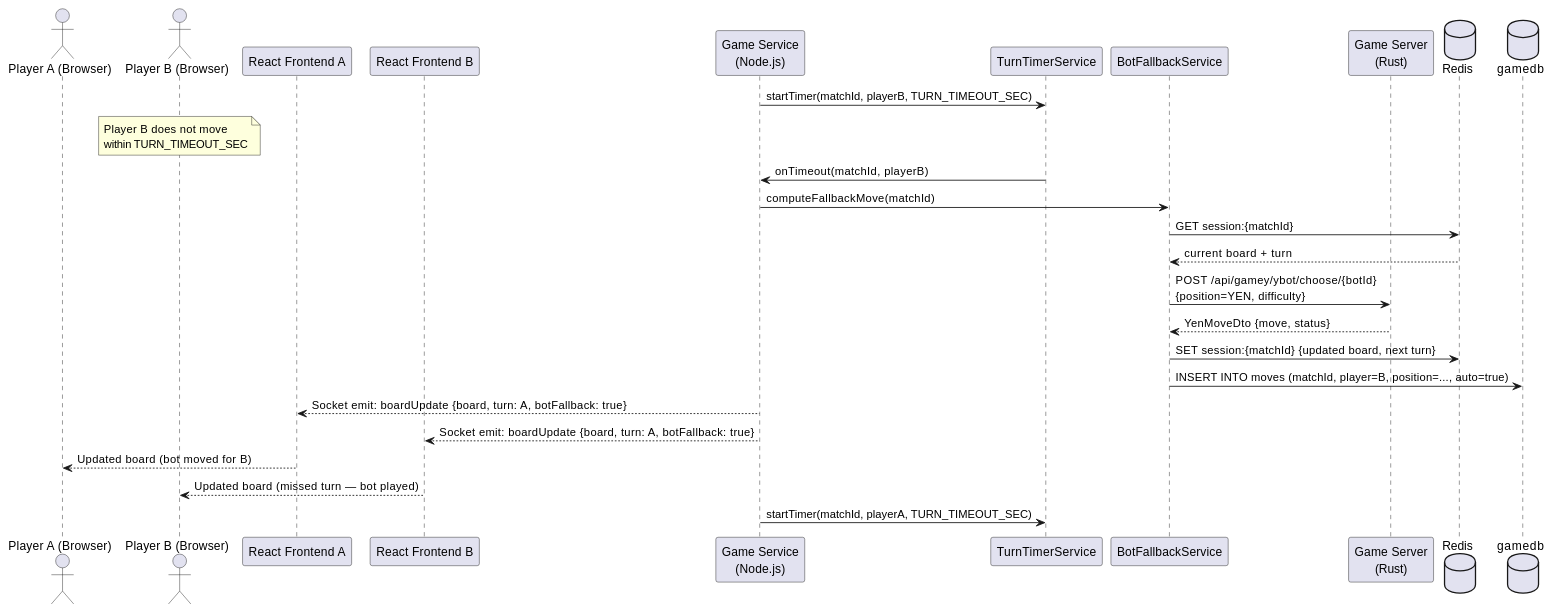
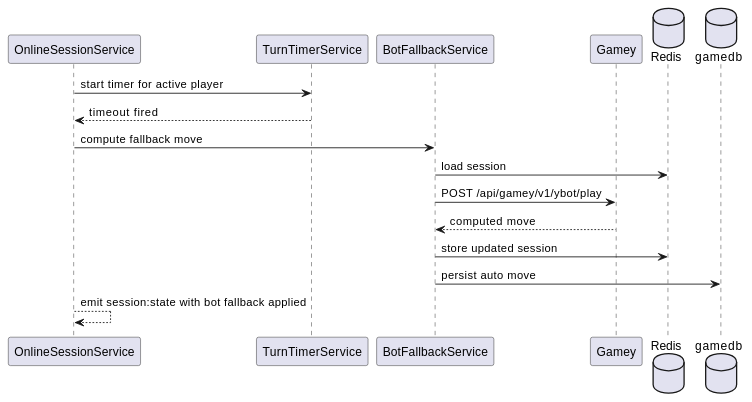
The eighth of 8 diagrams in docs/src/06_runtime_view.adoc (Arquisoft/yovi_es1c), drawn with PlantUML before and after one commit. The commit also changed other lines of this file and 10 other files, not shown here.

```diff
--- a/docs/src/06_runtime_view.adoc
+++ b/docs/src/06_runtime_view.adoc
@@ -371,36 +238,19 @@
-[plantuml, "runtime-turn-timeout", png]
+[plantuml, runtime-timeout, png]
 ----
-actor "Player A (Browser)" as PlayerA
-actor "Player B (Browser)" as PlayerB
-participant "React Frontend A" as FrontendA
-participant "React Frontend B" as FrontendB
-participant "Game Service\n(Node.js)" as GameService
+participant "OnlineSessionService" as Session
 participant "TurnTimerService" as Timer
-participant "BotFallbackService" as BotFallback
-participant "Game Server\n(Rust)" as Engine
+participant "BotFallbackService" as Fallback
+participant "Gamey" as Gamey
 database "Redis" as Redis
 database "gamedb" as GameDB
 
-GameService -> Timer: startTimer(matchId, playerB, TURN_TIMEOUT_SEC)
-
-note over PlayerB: Player B does not move\nwithin TURN_TIMEOUT_SEC
-
-Timer -> GameService: onTimeout(matchId, playerB)
-GameService -> BotFallback: computeFallbackMove(matchId)
-
-BotFallback -> Redis: GET session:{matchId}
-Redis --> BotFallback: current board + turn
-BotFallback -> Engine: POST /api/gamey/ybot/choose/{botId}\n{position=YEN, difficulty}
-Engine --> BotFallback: YenMoveDto {move, status}
-
-BotFallback -> Redis: SET session:{matchId} {updated board, next turn}
-BotFallback -> GameDB: INSERT INTO moves (matchId, player=B, position=..., auto=true)
-
-GameService --> FrontendA: Socket emit: boardUpdate {board, turn: A, botFallback: true}
-GameService --> FrontendB: Socket emit: boardUpdate {board, turn: A, botFallback: true}
-
-FrontendA --> PlayerA: Updated board (bot moved for B)
-FrontendB --> PlayerB: Updated board (missed turn — bot played)
-
-GameService -> Timer: startTimer(matchId, playerA, TURN_TIMEOUT_SEC)
+Session -> Timer: start timer for active player
+Timer --> Session: timeout fired
+Session -> Fallback: compute fallback move
+Fallback -> Redis: load session
+Fallback -> Gamey: POST /api/gamey/v1/ybot/play
+Gamey --> Fallback: computed move
+Fallback -> Redis: store updated session
+Fallback -> GameDB: persist auto move
+Session --> Session: emit session:state with bot fallback applied
 ----
```
